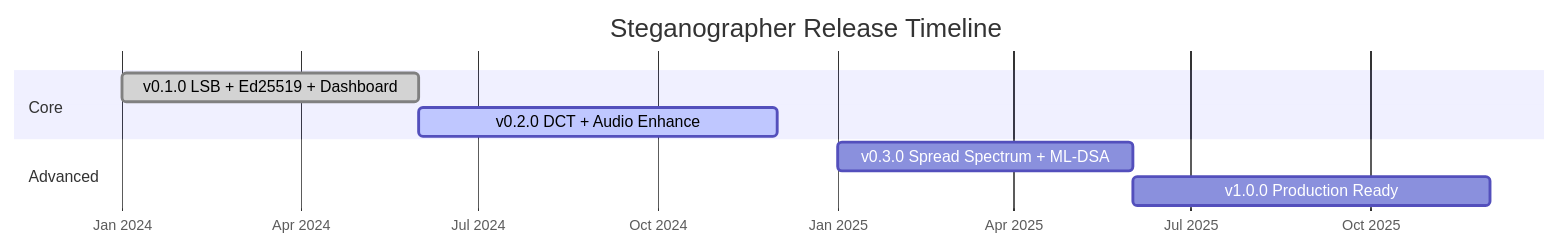
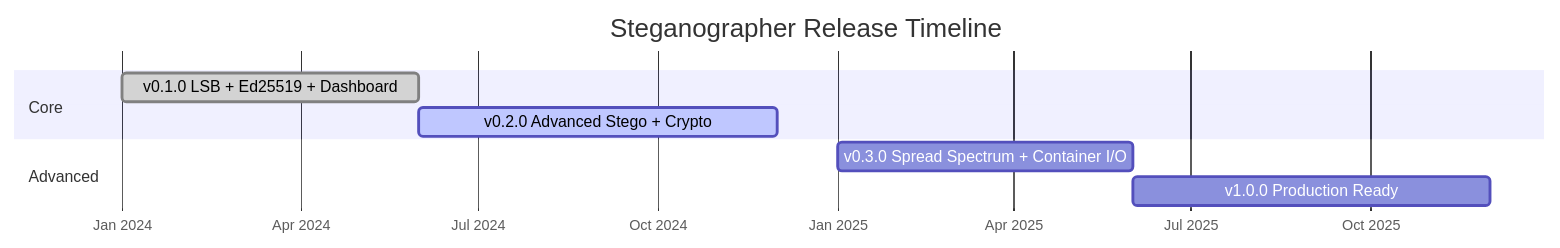
Before and after one commit to docxology/steganographer: the diagram in docs/roadmap.md, drawn with Mermaid. The commit also changed other lines of this file and 31 other files, not shown here.

````diff
--- a/docs/roadmap.md
+++ b/docs/roadmap.md
@@ -3,12 +3,12 @@
 ```mermaid
 gantt
     title Steganographer Release Timeline
     dateFormat YYYY-MM
     axisFormat %b %Y
     section Core
         v0.1.0 LSB + Ed25519 + Dashboard :done, v01, 2024-01, 2024-06
-        v0.2.0 DCT + Audio Enhance :active, v02, 2024-06, 2024-12
+        v0.2.0 Advanced Stego + Crypto :active, v02, 2024-06, 2024-12
     section Advanced
-        v0.3.0 Spread Spectrum + ML-DSA :v03, 2025-01, 2025-06
+        v0.3.0 Spread Spectrum + Container I/O :v03, 2025-01, 2025-06
         v1.0.0 Production Ready :v10, 2025-06, 2025-12
 ```
````
